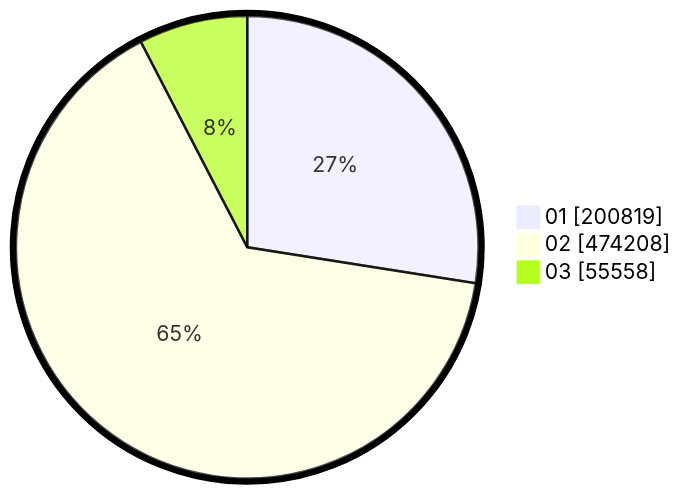
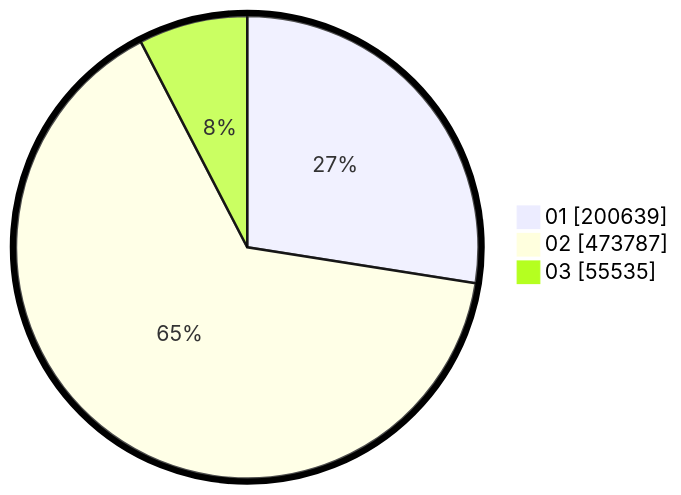
The second of 2 diagrams in pilpres/hitung-suara/sub/table-wilayah-76.md (gigit-pemilu/pemilu-2024), drawn with Mermaid before and after one commit. The commit also changed other lines of this file and 11 other files, not shown here.

````diff
--- a/pilpres/hitung-suara/sub/table-wilayah-76.md
+++ b/pilpres/hitung-suara/sub/table-wilayah-76.md
@@ -15,7 +15,7 @@
 ```mermaid
 %%{init: {"pie": {"textPosition": 0.5}, "themeVariables": {"pieOuterStrokeWidth": "5px"}} }%%
 pie showData
-    "01" : 200819
-    "02" : 474208
-    "03" : 55558
+    "01" : 200639
+    "02" : 473787
+    "03" : 55535
 ```
````
